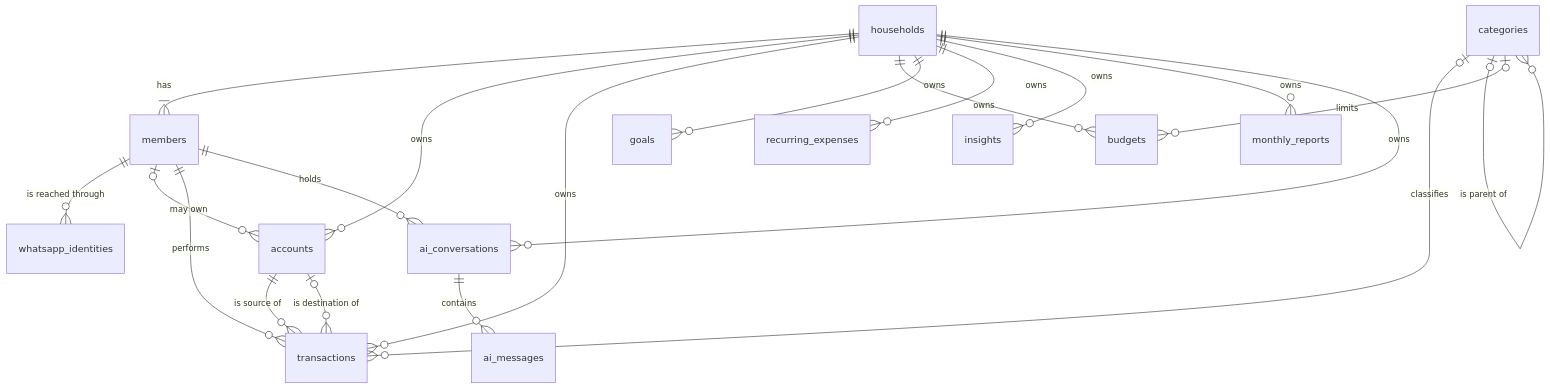
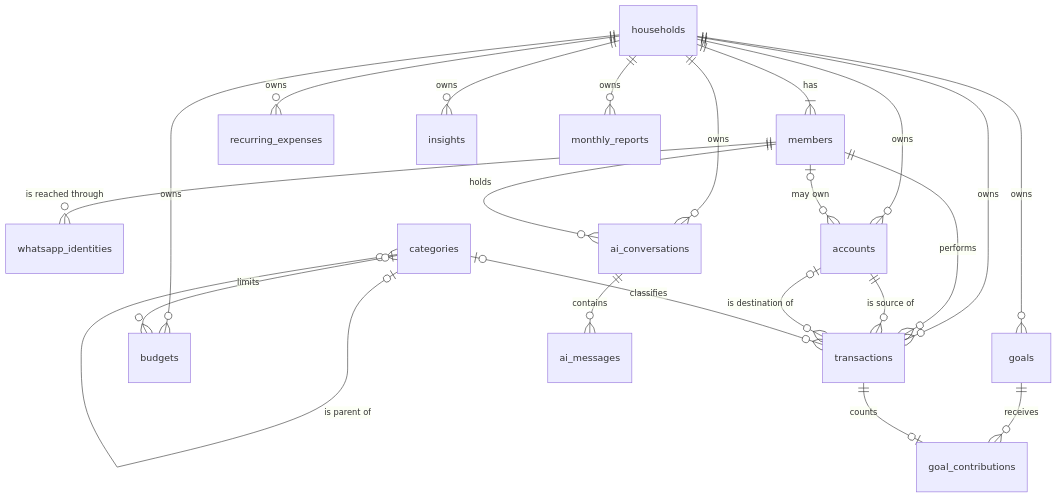
The diagram in docs/database.md (guilhermedecastrogt/ai-personal-cfo), drawn with Mermaid before and after one commit. The commit also changed other lines of this file and 47 other files, not shown here.

First line of the commit message:
feat(goals): contributions linked to transactions

````diff
--- a/docs/database.md
+++ b/docs/database.md
@@ -21,22 +21,24 @@
 ```mermaid
 erDiagram
     households ||--|{ members : has
     members ||--o{ whatsapp_identities : "is reached through"
     households ||--o{ accounts : owns
     members |o--o{ accounts : "may own"
     households ||--o{ transactions : owns
     members ||--o{ transactions : performs
     accounts ||--o{ transactions : "is source of"
     accounts |o--o{ transactions : "is destination of"
     categories |o--o{ transactions : classifies
     categories |o--o{ categories : "is parent of"
     households ||--o{ budgets : owns
     categories |o--o{ budgets : limits
     households ||--o{ goals : owns
+    goals ||--o{ goal_contributions : receives
+    transactions ||--o| goal_contributions : counts
     households ||--o{ recurring_expenses : owns
     households ||--o{ insights : owns
     households ||--o{ monthly_reports : owns
     households ||--o{ ai_conversations : owns
     members ||--o{ ai_conversations : holds
     ai_conversations ||--o{ ai_messages : contains
 ```
````
